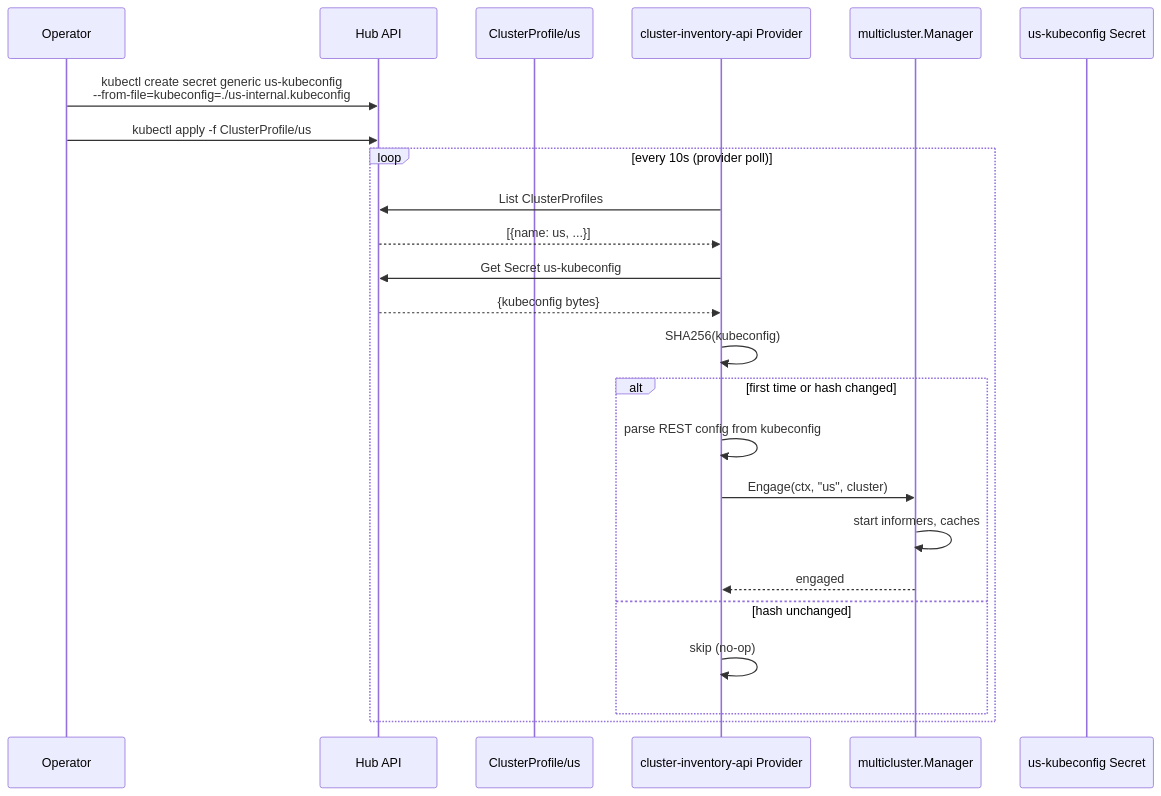
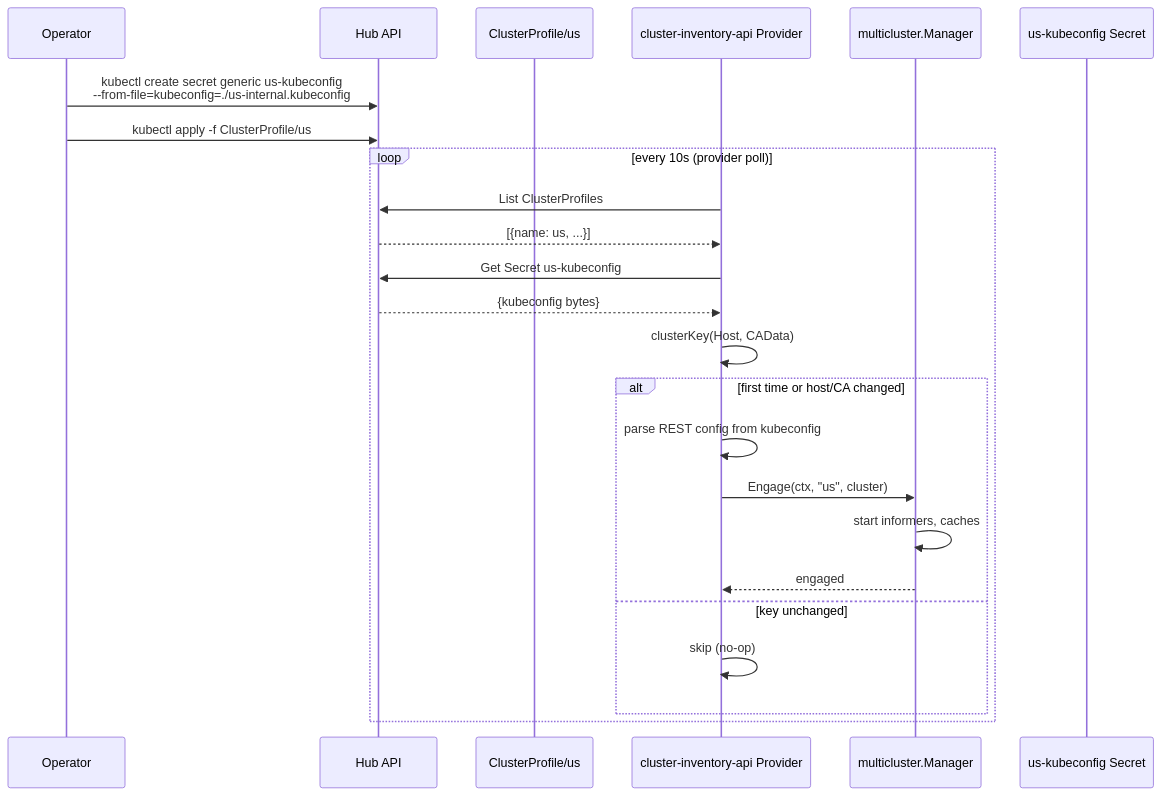
Before and after one commit to sojoner/kro-lab: the diagram in docs/platform-mvp/03-fleet-registration.md, drawn with Mermaid. The commit also changed other lines of this file and 126 other files, not shown here.

````diff
--- a/docs/platform-mvp/03-fleet-registration.md
+++ b/docs/platform-mvp/03-fleet-registration.md
@@ -9,30 +9,30 @@
 ```mermaid
 sequenceDiagram
     participant Admin as Operator
     participant Hub as Hub API
     participant CP as ClusterProfile/us
     participant P as cluster-inventory-api Provider
     participant MGR as multicluster.Manager
     participant Secret as us-kubeconfig Secret
 
     Admin->>Hub: kubectl create secret generic us-kubeconfig<br/>--from-file=kubeconfig=./us-internal.kubeconfig
     Admin->>Hub: kubectl apply -f ClusterProfile/us
 
     loop every 10s (provider poll)
         P->>Hub: List ClusterProfiles
         Hub-->>P: [{name: us, ...}]
 
         P->>Hub: Get Secret us-kubeconfig
         Hub-->>P: {kubeconfig bytes}
 
-        P->>P: SHA256(kubeconfig)
-        alt first time or hash changed
+        P->>P: clusterKey(Host, CAData)
+        alt first time or host/CA changed
             P->>P: parse REST config from kubeconfig
             P->>MGR: Engage(ctx, "us", cluster)
             MGR->>MGR: start informers, caches
             MGR-->>P: engaged
-        else hash unchanged
+        else key unchanged
             P->>P: skip (no-op)
         end
     end
 ```
````
